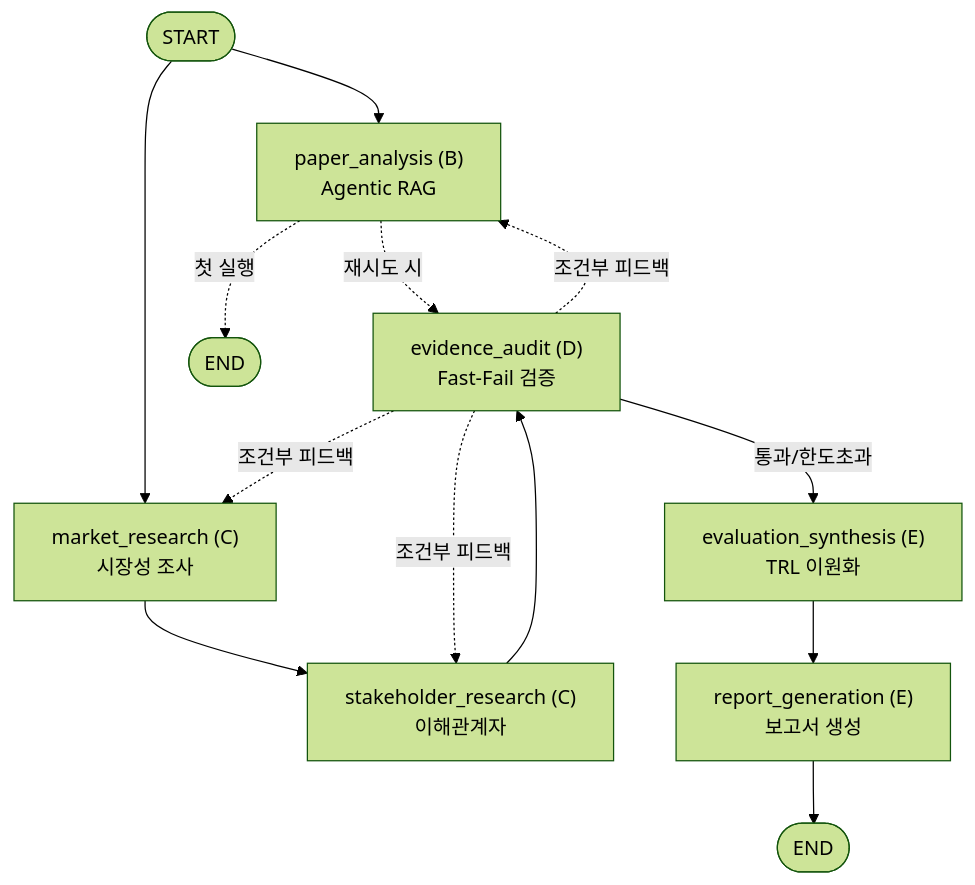
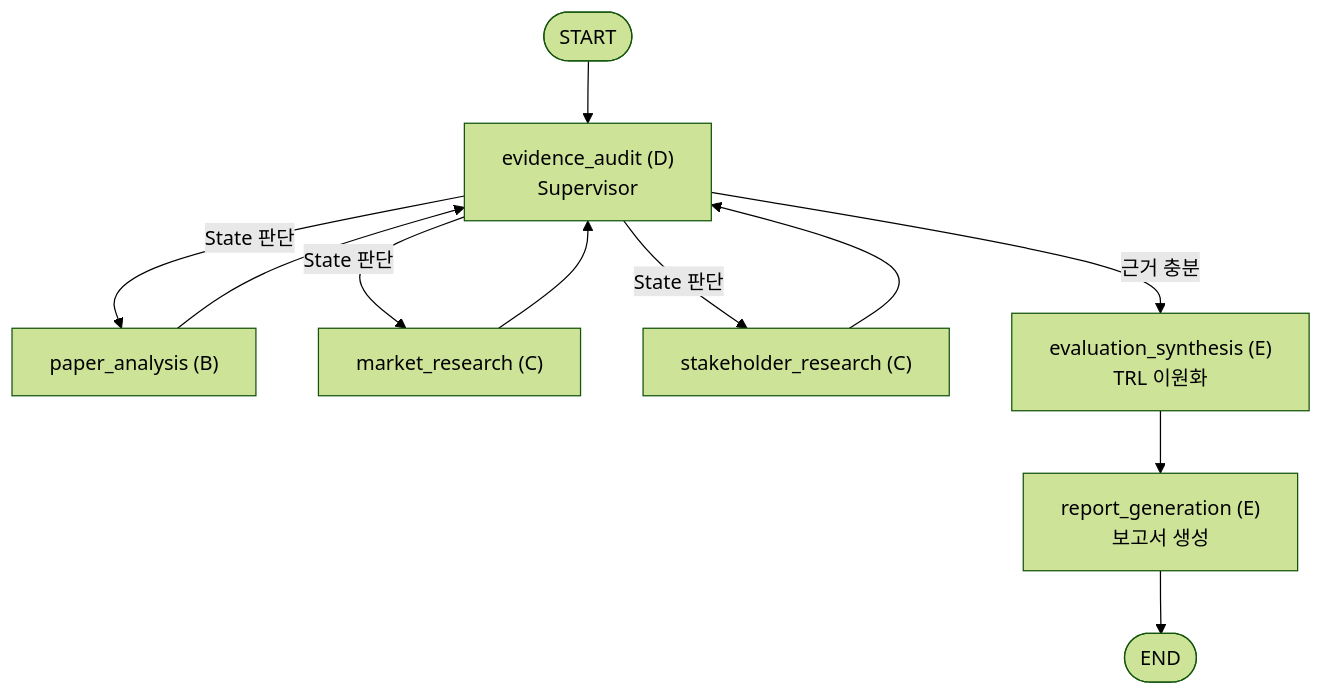
The diagram in README.md (DevDAN09/skala-langgraph-team3), drawn with Mermaid (forest theme) before and after one commit. The commit also changed other lines of this file and 11 other files, not shown here.

````diff
--- a/README.md
+++ b/README.md
@@ -70,15 +70,13 @@
 ```mermaid
 flowchart TD
-    START([START]) --> paper_analysis["paper_analysis (B)<br/>Agentic RAG"]
-    START --> market_research["market_research (C)<br/>시장성 조사"]
-    market_research --> stakeholder_research["stakeholder_research (C)<br/>이해관계자"]
-    stakeholder_research --> evidence_audit["evidence_audit (D)<br/>Fast-Fail 검증"]
-    paper_analysis -.->|재시도 시| evidence_audit
-    paper_analysis -.->|첫 실행| END_BRANCH([END])
-    evidence_audit -.->|조건부 피드백| market_research
-    evidence_audit -.->|조건부 피드백| stakeholder_research
-    evidence_audit -.->|조건부 피드백| paper_analysis
-    evidence_audit -->|통과/한도초과| evaluation_synthesis["evaluation_synthesis (E)<br/>TRL 이원화"]
+    START([START]) --> evidence_audit["evidence_audit (D)<br/>Supervisor"]
+    evidence_audit -->|State 판단| paper_analysis["paper_analysis (B)"]
+    evidence_audit -->|State 판단| market_research["market_research (C)"]
+    evidence_audit -->|State 판단| stakeholder_research["stakeholder_research (C)"]
+    paper_analysis --> evidence_audit
+    market_research --> evidence_audit
+    stakeholder_research --> evidence_audit
+    evidence_audit -->|근거 충분| evaluation_synthesis["evaluation_synthesis (E)<br/>TRL 이원화"]
     evaluation_synthesis --> report_generation["report_generation (E)<br/>보고서 생성"]
     report_generation --> END([END])
 ```
````
